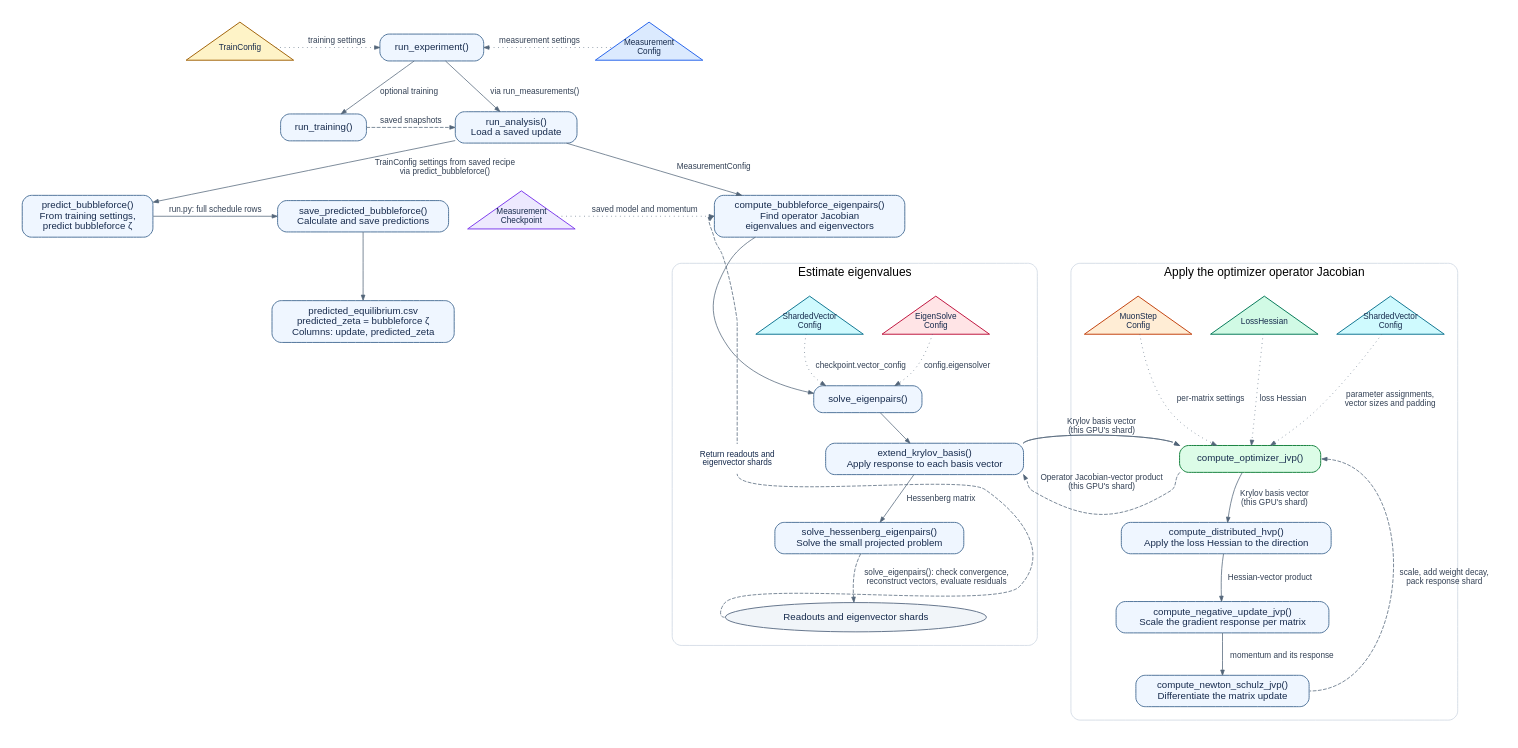
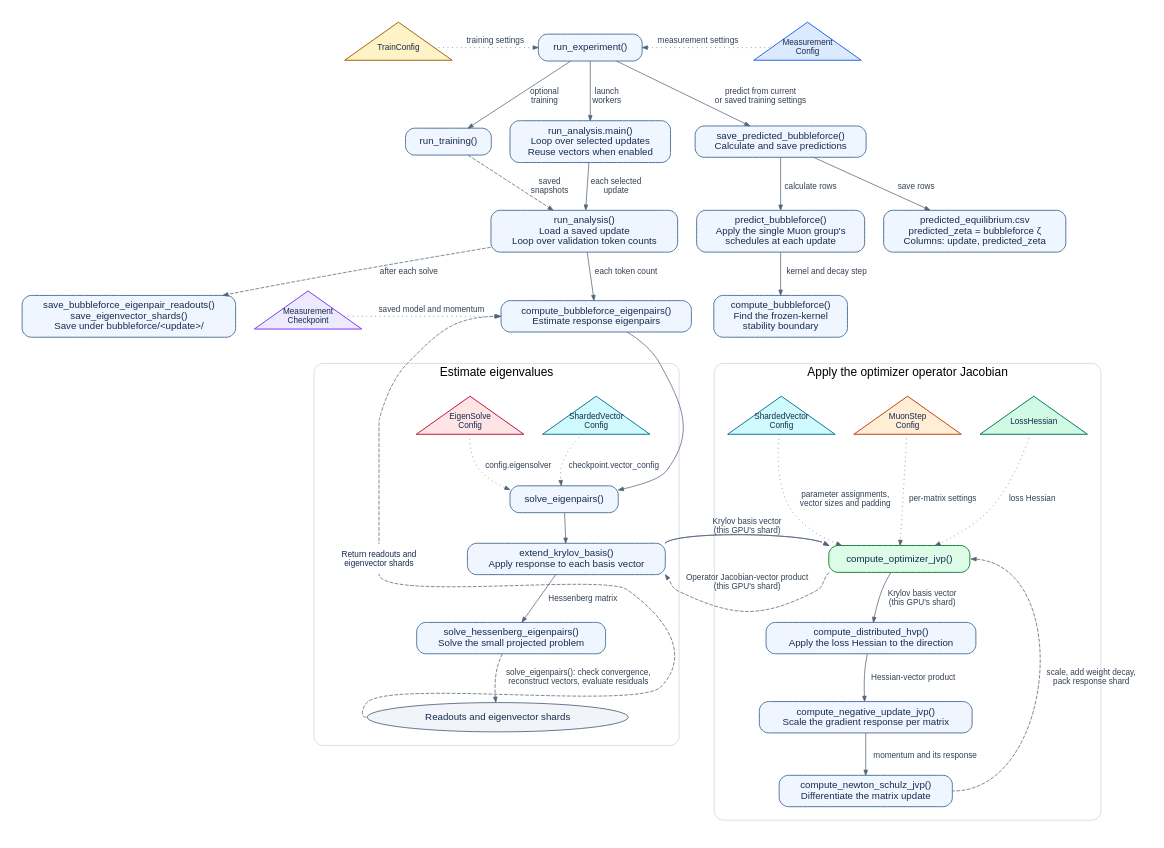
The diagram in figures/architecture.dot (jeffreycider/bubbleforce), drawn with Graphviz before and after one commit. The commit also changed 8 other files, not shown here.

Commit message:
Simplify measurement entry point and update architecture documentation

```diff
--- a/figures/architecture.dot
+++ b/figures/architecture.dot
@@ -1,105 +1,112 @@
 digraph architecture {
   graph [rankdir=TB, bgcolor="white", pad=0.3, nodesep=0.35, ranksep=0.55,
          fontname="Helvetica", fontsize=16, compound=true, newrank=true];
   node [shape=box, style="rounded,filled", fillcolor="#EFF6FF", color="#50749A",
         fontname="Helvetica", fontsize=13, fontcolor="#172B4D", penwidth=1.3,
         margin="0.16,0.10", target="_blank"];
   edge [color="#536579", fontname="Helvetica", fontsize=11, fontcolor="#334155",
         arrowsize=0.7];
 
   runner [label="run_experiment()", URL="../run.py#L117"];
-  train [label="run_training()", URL="../run.py#L182"];
-  analysis [ordering=out, label="run_analysis()\nLoad a saved update", URL="../bubbleforce/run_analysis.py#L206"];
-  prepare [label="compute_bubbleforce_eigenpairs()\nFind operator Jacobian\neigenvalues and eigenvectors", URL="../bubbleforce/run_analysis.py#L151"];
-  boundary [label="predict_bubbleforce()\nFrom training settings,\npredict bubbleforce ζ", URL="../bubbleforce/run_analysis.py#L77"];
+  train [label="run_training()", URL="../run.py#L187"];
+  measurement_main [label="run_analysis.main()\nLoop over selected updates\nReuse vectors when enabled", URL="../bubbleforce/run_analysis.py#L235"];
+  analysis [ordering=out, label="run_analysis()\nLoad a saved update\nLoop over validation token counts", URL="../bubbleforce/run_analysis.py#L171"];
+  prepare [label="compute_bubbleforce_eigenpairs()\nEstimate response eigenpairs", URL="../bubbleforce/run_analysis.py#L121"];
+  boundary [label="predict_bubbleforce()\nApply the single Muon group's\nschedules at each update", URL="../bubbleforce/run_analysis.py#L75"];
+  boundary_solver [label="compute_bubbleforce()\nFind the frozen-kernel\nstability boundary", URL="../bubbleforce/analysis/compute_bubbleforce.py#L40"];
   prediction_writer [label="save_predicted_bubbleforce()\nCalculate and save predictions", URL="../run.py#L161"];
   prediction_csv [label="predicted_equilibrium.csv\npredicted_zeta = bubbleforce ζ\nColumns: update, predicted_zeta"];
+  saved_readouts [label="save_bubbleforce_eigenpair_readouts()\nsave_eigenvector_shards()\nSave under bubbleforce/<update>/", URL="../bubbleforce/logging.py#L34"];
 
   train_config [shape=triangle, style=filled, fixedsize=true, width=2.0, height=0.95, fillcolor="#FEF3C7", color="#A16207",
                 label="TrainConfig", fontsize=11, URL="../configs/train_config.py#L55"];
   measurement_config [shape=triangle, style=filled, fixedsize=true, width=2.0, height=0.95, fillcolor="#DBEAFE", color="#2563EB",
                       label="Measurement\nConfig", fontsize=11, URL="../configs/measurement_config.py#L159"];
   checkpoint [shape=triangle, style=filled, fixedsize=true, width=2.0, height=0.95, fillcolor="#EDE9FE", color="#7C3AED",
               label="Measurement\nCheckpoint", fontsize=11, URL="../bubbleforce/load_checkpoint.py#L21"];
 
   { rank=same; train_config; runner; measurement_config; }
-  { rank=same; train; analysis; }
+  { rank=same; train; measurement_main; prediction_writer; }
   train_config -> runner [ style=dotted, label="training settings"];
   runner -> measurement_config [dir=back, style=dotted, label="measurement settings"];
-  runner -> train [label="optional training"];
-  runner -> analysis [ordering=out, label="via run_measurements()"];
-  train -> analysis [style=dashed, label="saved snapshots", constraint=false];
+  runner -> train [label="optional\ntraining"];
+  runner -> prediction_writer [label="predict from current\nor saved training settings"];
+  runner -> measurement_main [label="launch\nworkers"];
+  measurement_main -> analysis [label="each selected\nupdate"];
+  train -> analysis [style=dashed, label="saved\nsnapshots", constraint=false];
   checkpoint -> prepare [style=dotted, label="saved model and momentum"];
-  analysis -> prepare [label="MeasurementConfig"];
-  analysis -> boundary [label="TrainConfig settings from saved recipe\nvia predict_bubbleforce()"];
-  boundary -> prediction_writer [label="run.py: full schedule rows"];
-  prediction_writer -> prediction_csv;
-  { rank=same; checkpoint; prepare; boundary; prediction_writer; }
+  analysis -> prepare [label="each token count"];
+  analysis -> saved_readouts [label="after each solve", style=dashed];
+  prediction_writer -> boundary [label="calculate rows"];
+  boundary -> boundary_solver [label="kernel and decay step"];
+  prediction_writer -> prediction_csv [label="save rows"];
+  { rank=same; analysis; boundary; prediction_csv; }
+  { rank=same; checkpoint; prepare; boundary_solver; saved_readouts; }
 
   subgraph cluster_solver {
     return_mid;
     return_upper [shape=point, style=invis, width=0, height=0, label="", group="return"];
     label="Estimate eigenvalues";
     style="rounded"; color="#CBD5E1"; margin=18;
     vector_config [shape=triangle, style=filled, fixedsize=true, width=2.0, height=0.95, fillcolor="#CFFAFE", color="#0E7490",
                    label="ShardedVector\nConfig", fontsize=11, URL="../configs/measurement_config.py#L82"];
     eigen_config [shape=triangle, style=filled, fixedsize=true, width=2.0, height=0.95, fillcolor="#FFE4E6", color="#BE123C",
                   label="EigenSolve\nConfig", fontsize=11, URL="../configs/measurement_config.py#L14"];
-    solve [label="solve_eigenpairs()", URL="../bubbleforce/analysis/eigensolver.py#L305"];
+    solve [label="solve_eigenpairs()", URL="../bubbleforce/analysis/eigensolver.py#L304"];
     extend [label="extend_krylov_basis()\nApply response to each basis vector", URL="../bubbleforce/analysis/krylov.py#L127"];
     small [label="solve_hessenberg_eigenpairs()\nSolve the small projected problem", URL="../bubbleforce/analysis/krylov.py#L217"];
     result [shape=ellipse, style=filled, fillcolor="#F1F5F9", color="#64748B",
             label="Readouts and eigenvector shards"];
     { rank=same; vector_config; eigen_config; }
     vector_config -> solve [style=dotted, label="checkpoint.vector_config"];
     eigen_config -> solve [style=dotted, label="config.eigensolver"];
     solve -> extend;
     extend -> small [label="Hessenberg matrix"];
     small -> result [style=dashed, label="solve_eigenpairs(): check convergence,\nreconstruct vectors, evaluate residuals"];
   }
 
   subgraph cluster_response {
     label="Apply the optimizer operator Jacobian";
     style="rounded"; color="#CBD5E1"; margin=18;
     response [label="compute_optimizer_jvp()", fillcolor="#DCFCE7", color="#15803D",
               URL="../bubbleforce/analysis/muon_step.py#L62"];
     hessian [shape=triangle, style=filled, fixedsize=true, width=2.0, height=0.95, fillcolor="#D1FAE5", color="#047857",
              label="LossHessian", fontsize=11, URL="../bubbleforce/analysis/loss_hessian.py#L11"];
     hvp [label="compute_distributed_hvp()\nApply the loss Hessian to the direction",
          URL="../bubbleforce/analysis/sharded_hessian.py#L12"];
     step_config [shape=triangle, style=filled, fixedsize=true, width=2.0, height=0.95, fillcolor="#FFEDD5", color="#C2410C",
                  label="MuonStep\nConfig", fontsize=11, URL="../configs/measurement_config.py#L60"];
     response_vector_config [shape=triangle, style=filled, fixedsize=true, width=2.0, height=0.95, fillcolor="#CFFAFE", color="#0E7490",
                             label="ShardedVector\nConfig", fontsize=11, URL="../configs/measurement_config.py#L82"];
     negative [label="compute_negative_update_jvp()\nScale the gradient response per matrix",
               URL="../bubbleforce/analysis/muon_step.py#L14"];
     ns [label="compute_newton_schulz_jvp()\nDifferentiate the matrix update",
         URL="../bubbleforce/analysis/muon_jvp.py#L12"];
     { rank=same; hessian; step_config; response_vector_config; }
     hessian -> response [style=dotted, label="loss Hessian"];
     step_config -> response [style=dotted, label="per-matrix settings"];
     response_vector_config -> response [style=dotted, label="parameter assignments,\nvector sizes and padding"];
     response -> hvp [label="Krylov basis vector\n(this GPU's shard)"];
     hvp -> negative [label="Hessian-vector product"];
     negative -> ns [label="momentum and its response"];
     response:e -> ns:e [dir=back, style=dashed, label="scale, add weight decay,\npack response shard", weight=0];
   }
 
   prepare -> solve;
   prepare -> vector_config [style=invis];
   prepare -> eigen_config [style=invis];
   { rank=same; vector_config; eigen_config; hessian; }
   { rank=same; extend; response; }
   { rank=same; small; hvp; }
   extend:ne -> response:nw [label="Krylov basis vector\n(this GPU's shard)", constraint=false];
   response:sw -> extend:se [style=dashed, label="Operator Jacobian-vector product\n(this GPU's shard)", constraint=false];
 
   return_mid [group="return", shape=plaintext, style="", label="Return readouts and\neigenvector shards", fontsize=11];
   { rank=same; return_mid; extend; response; }
   return_mid -> extend [style=invis, weight=1000];
   result:w -> return_mid:s [style=dashed, arrowhead=none, constraint=false];
   { rank=same; return_upper; vector_config; eigen_config; }
   return_upper -> eigen_config [style=invis, weight=1000];
   return_upper -> return_mid:n [style=dashed, dir=none, weight=1000];
   return_upper -> prepare:w [style=dashed, constraint=false];
 }
```
